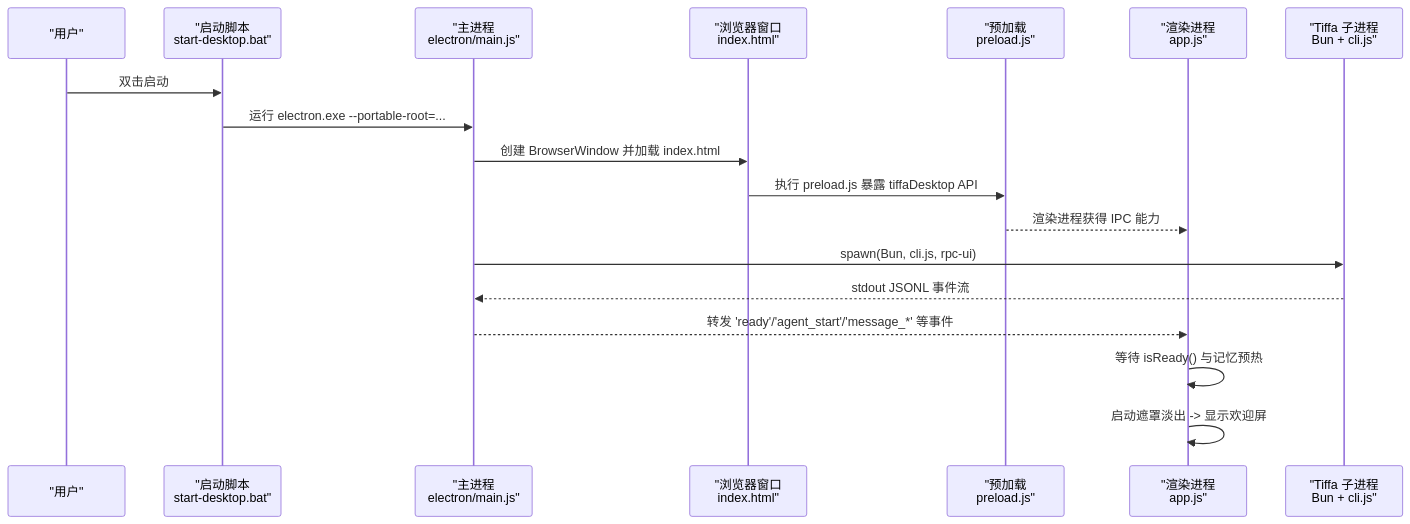
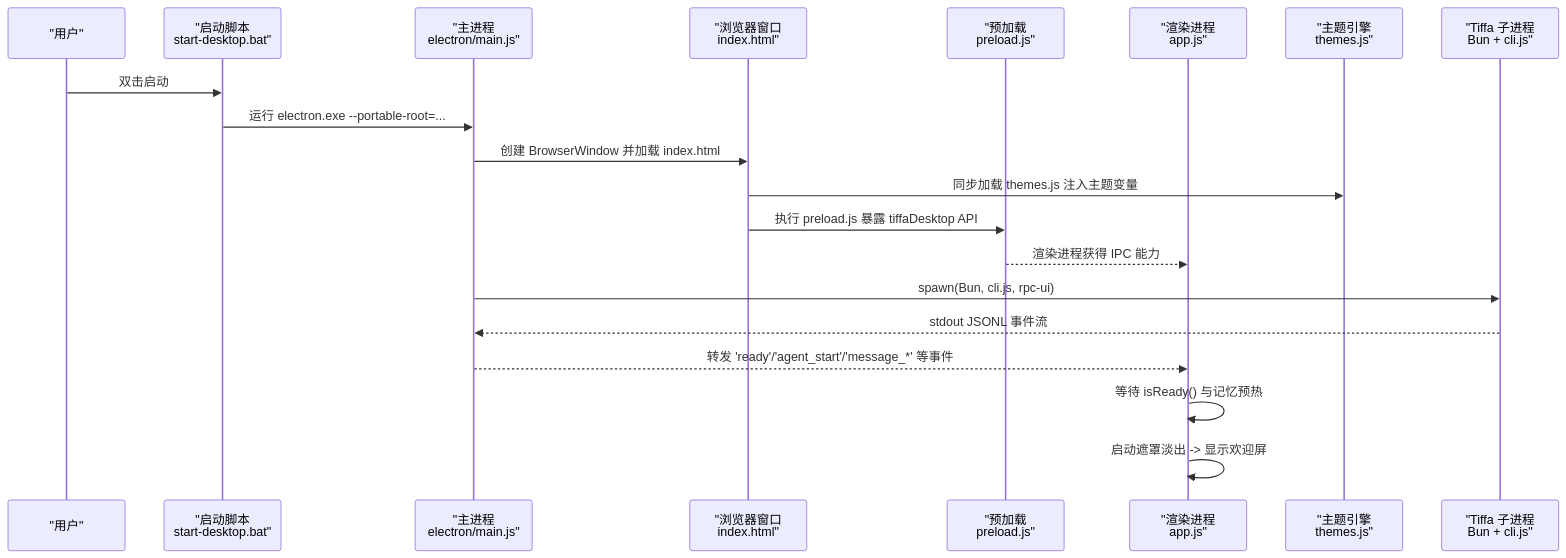
Before and after one commit to swond-Mao/Tiffa: the second of 6 diagrams in .qoder/repowiki/zh/content/核心架构/启动流程与动画系统.md, drawn with Mermaid. The commit also changed other lines of this file and 49 other files, not shown here.

````diff
--- a/.qoder/repowiki/zh/content/核心架构/启动流程与动画系统.md
+++ b/.qoder/repowiki/zh/content/核心架构/启动流程与动画系统.md
@@ -73,20 +87,22 @@
 ```mermaid
 sequenceDiagram
 participant U as "用户"
 participant BAT as "启动脚本<br/>start-desktop.bat"
 participant MAIN as "主进程<br/>electron/main.js"
 participant WIN as "浏览器窗口<br/>index.html"
 participant PRE as "预加载<br/>preload.js"
 participant RND as "渲染进程<br/>app.js"
+participant THEME as "主题引擎<br/>themes.js"
 participant CLI as "Tiffa 子进程<br/>Bun + cli.js"
 U->>BAT : 双击启动
 BAT->>MAIN : 运行 electron.exe --portable-root=...
 MAIN->>WIN : 创建 BrowserWindow 并加载 index.html
+WIN->>THEME : 同步加载 themes.js 注入主题变量
 WIN->>PRE : 执行 preload.js 暴露 tiffaDesktop API
 PRE-->>RND : 渲染进程获得 IPC 能力
 MAIN->>CLI : spawn(Bun, cli.js, rpc-ui)
 CLI-->>MAIN : stdout JSONL 事件流
 MAIN-->>RND : 转发 'ready'/'agent_start'/'message_*' 等事件
 RND->>RND : 等待 isReady() 与记忆预热
 RND->>RND : 启动遮罩淡出 -> 显示欢迎屏
 ```
````
